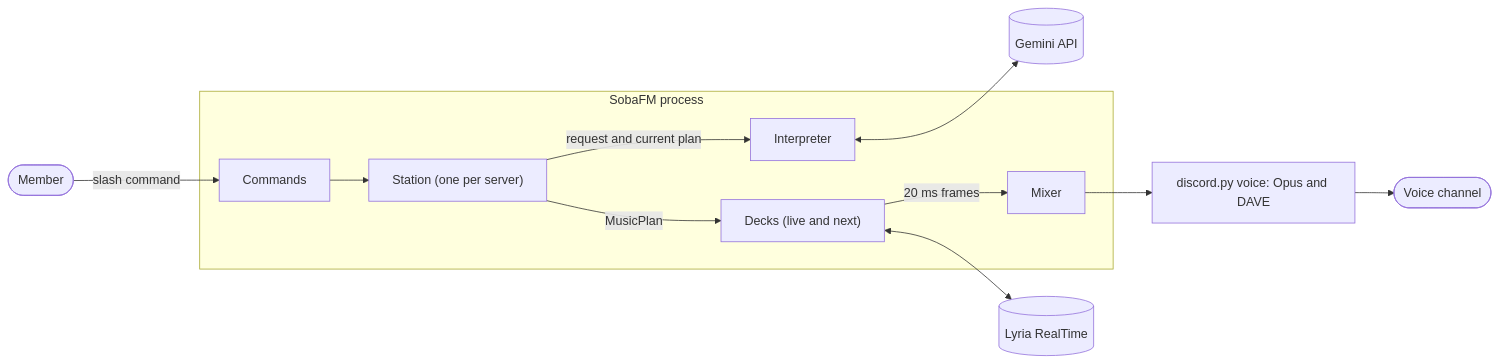
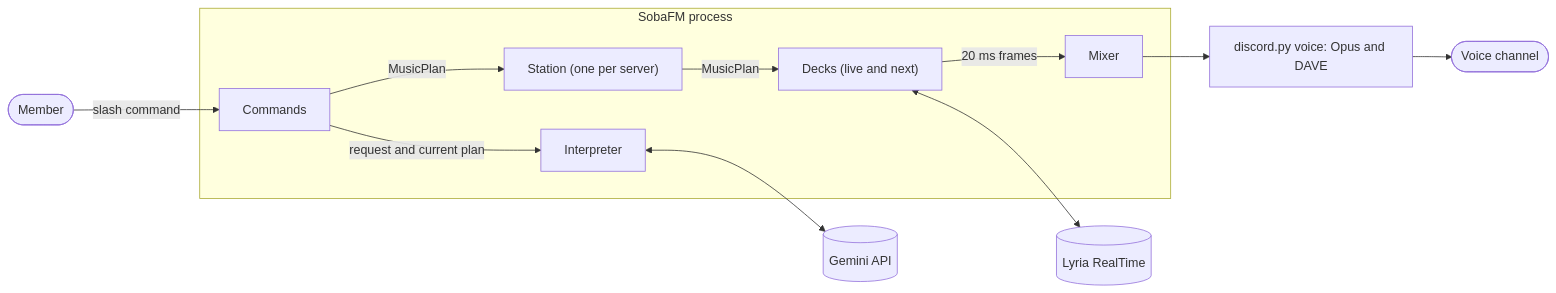
One commit to slackysoba/sobafm changed the diagram in docs/architecture.md. Above: the diagram before and after it, drawn with Mermaid. The commit also changed other lines of this file and 7 other files, not shown here.

````diff
--- a/docs/architecture.md
+++ b/docs/architecture.md
@@ -42,14 +42,14 @@
 ```mermaid
 flowchart LR
     member([Member]) -- "slash command" --> commands[Commands]
     subgraph process [SobaFM process]
-        commands --> station["Station (one per server)"]
-        station -- "request and current plan" --> interpreter[Interpreter]
+        commands -- "request and current plan" --> interpreter[Interpreter]
+        commands -- "MusicPlan" --> station["Station (one per server)"]
         station -- "MusicPlan" --> decks["Decks (live and next)"]
         decks -- "20 ms frames" --> mixer[Mixer]
     end
     interpreter <--> gemini[(Gemini API)]
     decks <--> lyria[(Lyria RealTime)]
     mixer --> voice["discord.py voice: Opus and DAVE"]
     voice --> channel([Voice channel])
 ```
````
